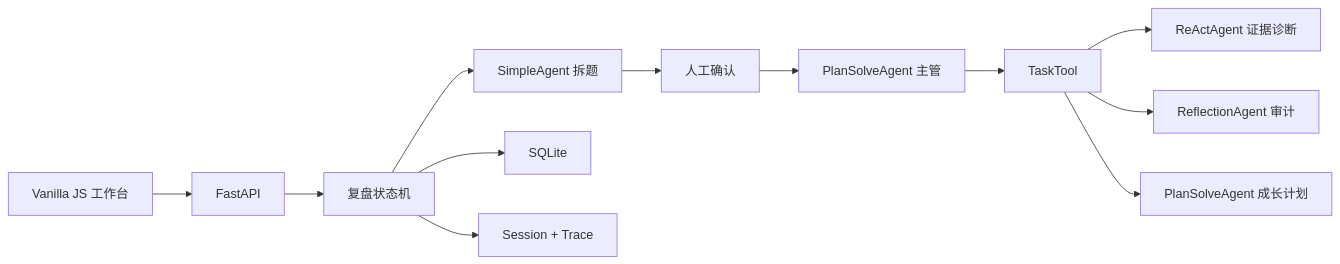
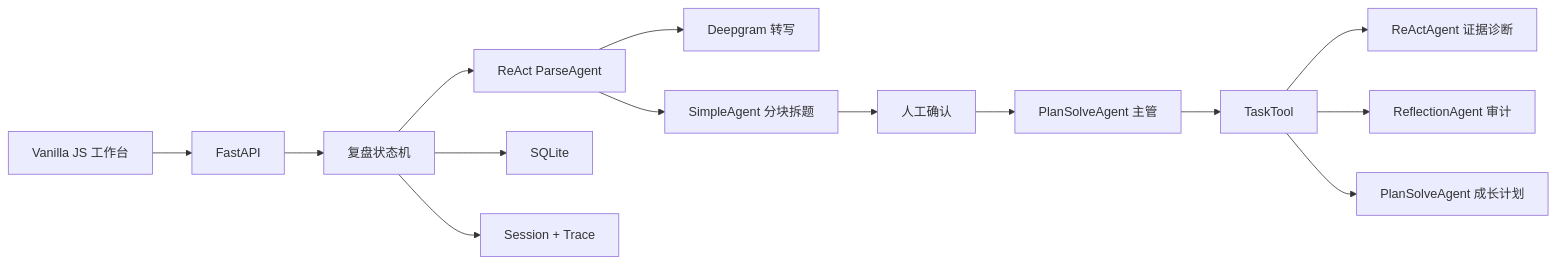
Before and after one commit to HAPPYY2003/interview-review-assistant: the diagram in README.md, drawn with Mermaid. The commit also changed other lines of this file and 44 other files, not shown here.

````diff
--- a/README.md
+++ b/README.md
@@ -23,14 +26,16 @@
 ```mermaid
 flowchart LR
     UI["Vanilla JS 工作台"] --> API["FastAPI"]
     API --> WF["复盘状态机"]
-    WF --> PA["SimpleAgent 拆题"]
-    PA --> HITL["人工确认"]
+    WF --> PA["ReAct ParseAgent"]
+    PA --> DG["Deepgram 转写"]
+    PA --> WK["SimpleAgent 分块拆题"]
+    WK --> HITL["人工确认"]
     HITL --> SP["PlanSolveAgent 主管"]
     SP --> TT["TaskTool"]
     TT --> RA["ReActAgent 证据诊断"]
     TT --> RF["ReflectionAgent 审计"]
     TT --> GP["PlanSolveAgent 成长计划"]
     WF --> DB["SQLite"]
     WF --> TRACE["Session + Trace"]
 ```
````
